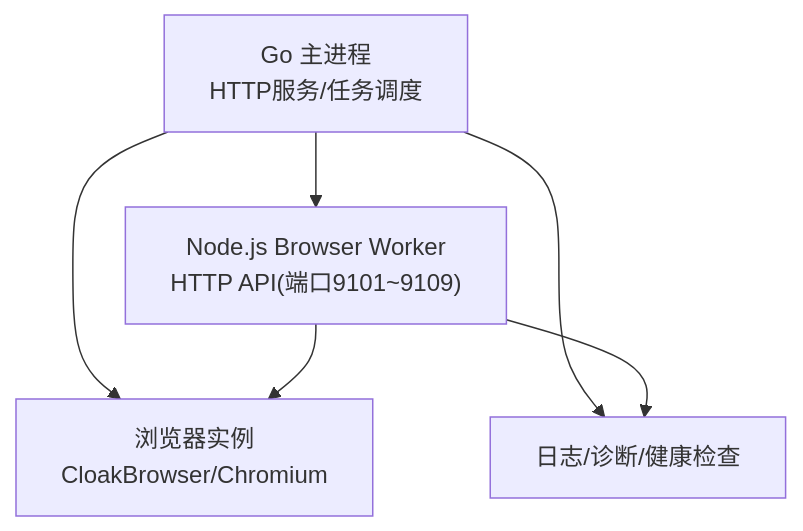
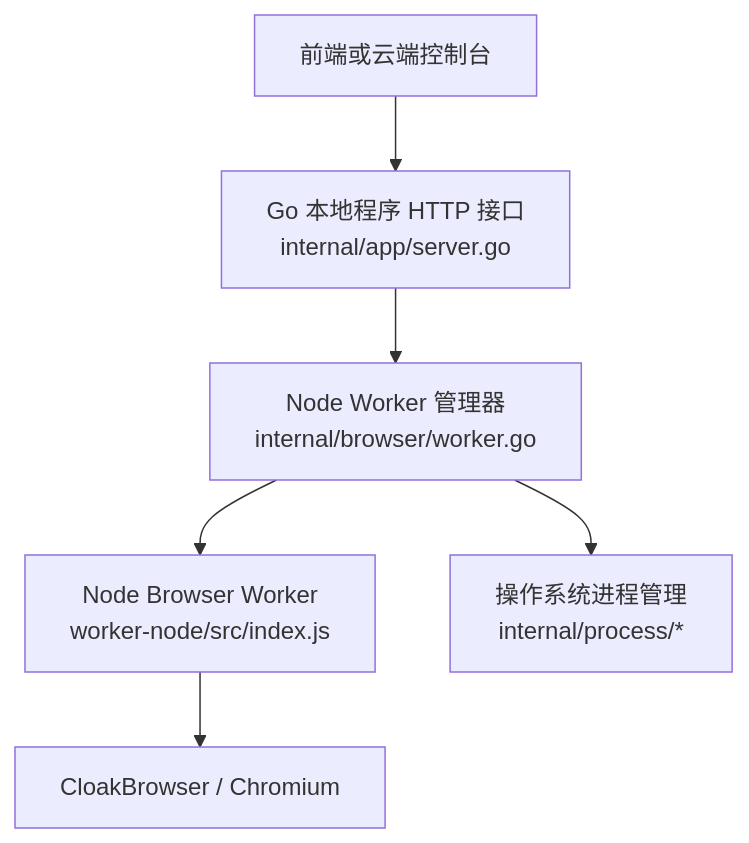
The first of 6 diagrams in .qoder/repowiki/zh/content/本地执行器/浏览器自动化/Worker进程管理.md (alvinwangzi/goodhr), drawn with Mermaid before and after one commit. The commit also changed other lines of this file and 149 other files, not shown here.

````diff
--- a/.qoder/repowiki/zh/content/本地执行器/浏览器自动化/Worker进程管理.md
+++ b/.qoder/repowiki/zh/content/本地执行器/浏览器自动化/Worker进程管理.md
@@ -38,8 +43,8 @@
 ```mermaid
 graph TB
-A["Go 主进程<br/>HTTP服务/任务调度"] --> B["Node.js Browser Worker<br/>HTTP API(端口9101~9109)"]
-A --> C["浏览器实例<br/>CloakBrowser/Chromium"]
-B --> C
-A --> D["日志/诊断/健康检查"]
-B --> D
+Client["前端或云端控制台"] --> GoAPI["Go 本地程序 HTTP 接口<br/>internal/app/server.go"]
+GoAPI --> Manager["Node Worker 管理器<br/>internal/browser/worker.go"]
+Manager --> NodeWorker["Node Browser Worker<br/>worker-node/src/index.js"]
+NodeWorker --> Browser["CloakBrowser / Chromium"]
+Manager --> OSProcess["操作系统进程管理<br/>internal/process/*"]
 ```
````
